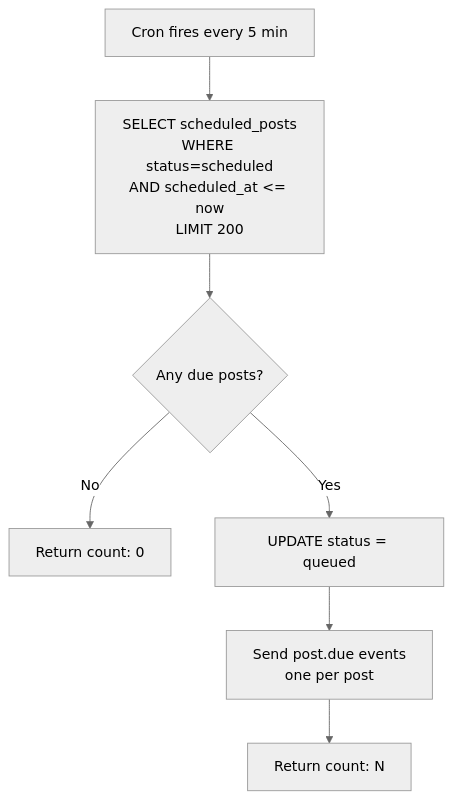
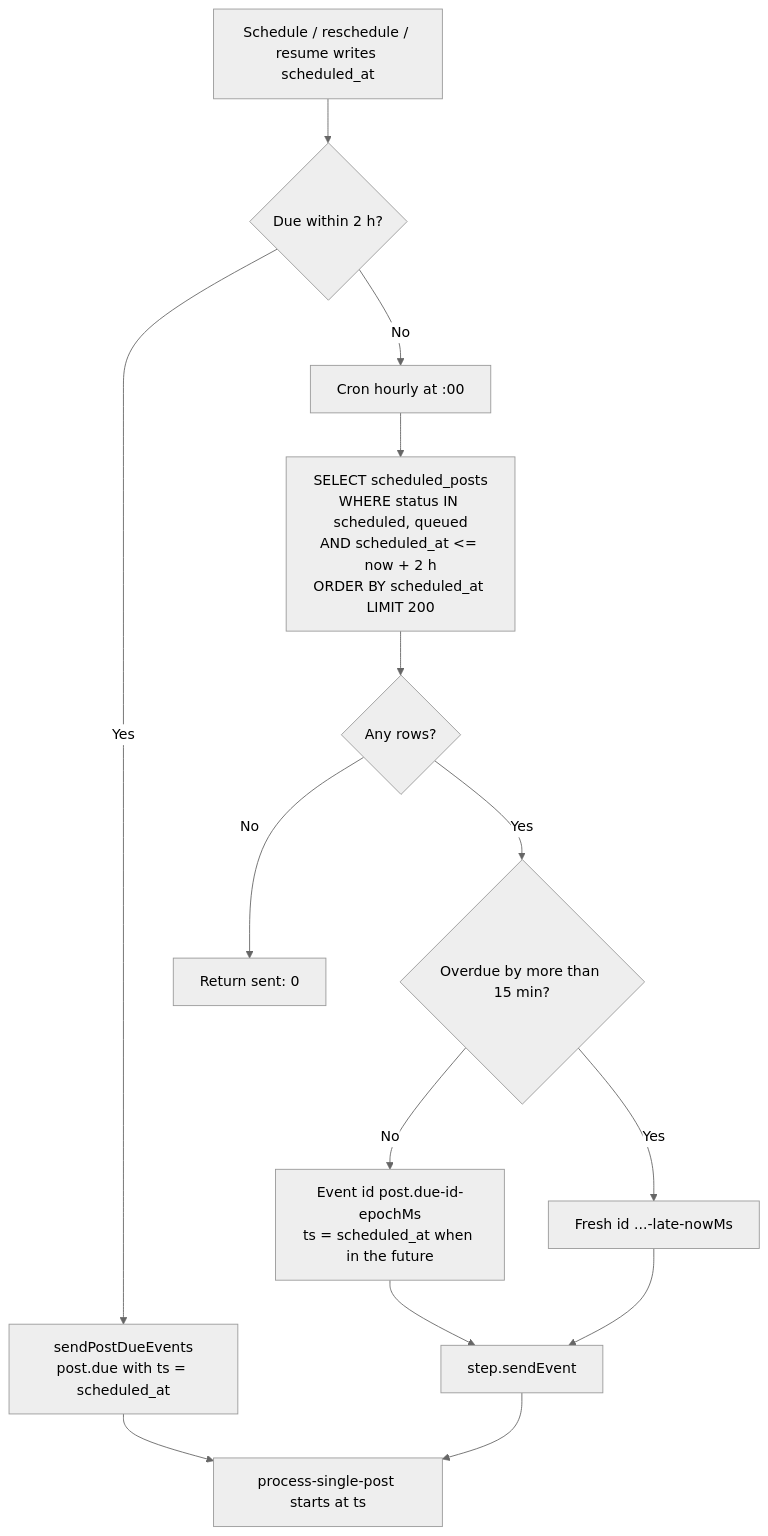
Before and after one commit to Andy00L/sharetopus: the first of 5 diagrams in docs/INNGEST.md, drawn with Mermaid (neutral theme). The commit also changed other lines of this file and 15 other files, not shown here.

````diff
--- a/docs/INNGEST.md
+++ b/docs/INNGEST.md
@@ -65,9 +91,16 @@
 ```mermaid
 flowchart TD
-    A[Cron fires every 5 min] --> B[SELECT scheduled_posts\nWHERE status=scheduled\nAND scheduled_at <= now\nLIMIT 200]
-    B --> C{Any due posts?}
-    C -->|No| D[Return count: 0]
-    C -->|Yes| E[UPDATE status = queued]
-    E --> F[Send post.due events\none per post]
-    F --> G[Return count: N]
+    W[Schedule / reschedule / resume writes scheduled_at] --> S{Due within 2 h?}
+    S -->|Yes| E[sendPostDueEvents\npost.due with ts = scheduled_at]
+    S -->|No| T
+    T[Cron hourly at :00] --> B[SELECT scheduled_posts\nWHERE status IN scheduled, queued\nAND scheduled_at <= now + 2 h\nORDER BY scheduled_at LIMIT 200]
+    B --> C{Any rows?}
+    C -->|No| D[Return sent: 0]
+    C -->|Yes| P{Overdue by more than 15 min?}
+    P -->|No| O[Event id post.due-id-epochMs\nts = scheduled_at when in the future]
+    P -->|Yes| L[Fresh id ...-late-nowMs]
+    O --> G[step.sendEvent]
+    L --> G
+    E --> R[process-single-post starts at ts]
+    G --> R
 ```
````
